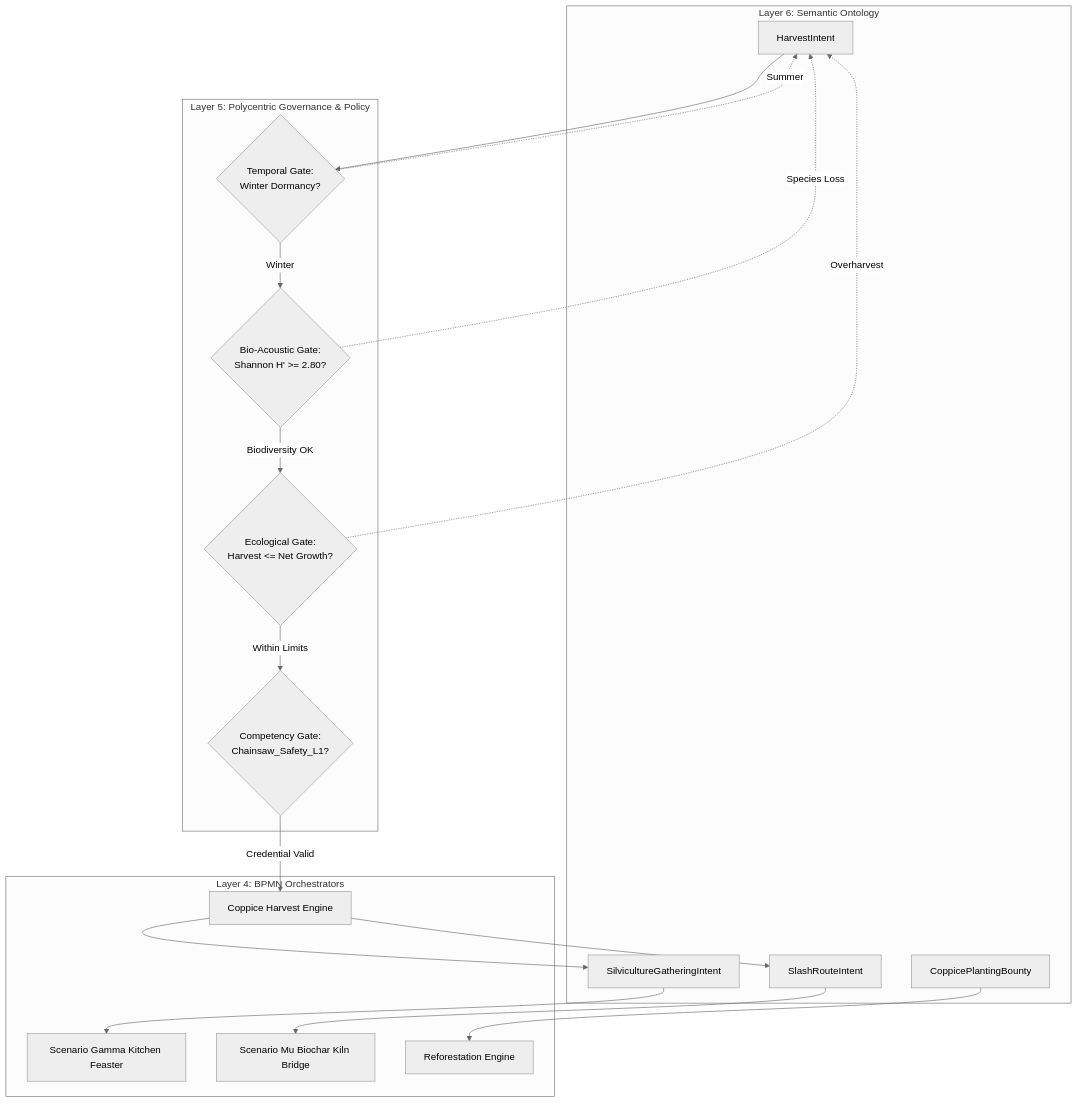
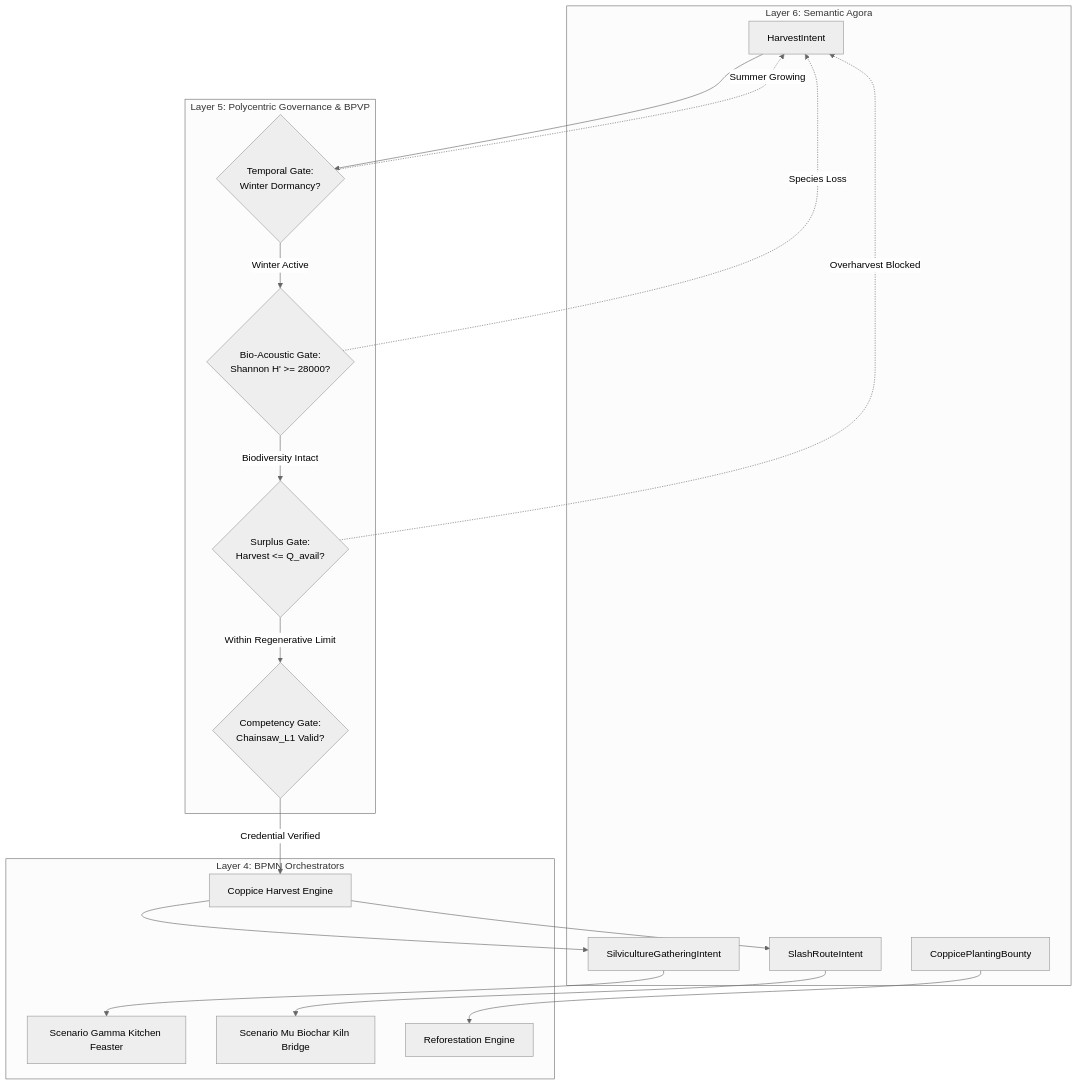
Before and after one commit to raffaine/collective: the third of 4 diagrams in docs/scenarios/eta_coppice.md, drawn with Mermaid (neutral theme). The commit also changed other lines of this file and 23 other files, not shown here.

````diff
--- a/docs/scenarios/eta_coppice.md
+++ b/docs/scenarios/eta_coppice.md
@@ -122,42 +164,40 @@
 ```mermaid
 graph TD
-    subgraph Layer 6: Semantic Ontology
+    subgraph Layer 6: Semantic Agora
         L6_Harv[HarvestIntent]
         L6_Gather[SilvicultureGatheringIntent]
         L6_Slash[SlashRouteIntent]
         L6_Plant[CoppicePlantingBounty]
     end
 
-    subgraph Layer 5: Polycentric Governance & Policy
+    subgraph Layer 5: Polycentric Governance & BPVP
         P_Season{Temporal Gate: <br>Winter Dormancy?}
-        P_Bio{Bio-Acoustic Gate: <br>Shannon H' >= 2.80?}
-        P_ERC{Ecological Gate: <br>Harvest <= Net Growth?}
-        P_Skill{Competency Gate: <br>Chainsaw_Safety_L1?}
+        P_Bio{Bio-Acoustic Gate: <br>Shannon H' >= 28000?}
+        P_Surplus{Surplus Gate: <br>Harvest <= Q_avail?}
+        P_Skill{Competency Gate: <br>Chainsaw_L1 Valid?}
     end
 
     subgraph Layer 4: BPMN Orchestrators
         BPMN_Wood[Coppice Harvest Engine]
         BPMN_Gamma[Scenario Gamma Kitchen Feaster]
         BPMN_Mu[Scenario Mu Biochar Kiln Bridge]
         BPMN_Plant[Reforestation Engine]
     end
 
     L6_Harv --> P_Season
-    P_Season -->|Winter| P_Bio
-    P_Season -.->|Summer| L6_Harv
+    P_Season -->|Winter Active| P_Bio
+    P_Season -.->|Summer Growing| L6_Harv
 
-    P_Bio -->|Biodiversity OK| P_ERC
+    P_Bio -->|Biodiversity Intact| P_Surplus
     P_Bio -.->|Species Loss| L6_Harv
 
-    P_ERC -->|Within Limits| P_Skill
-    P_ERC -.->|Overharvest| L6_Harv
+    P_Surplus -->|Within Regenerative Limit| P_Skill
+    P_Surplus -.->|Overharvest Blocked| L6_Harv
 
-    P_Skill -->|Credential Valid| BPMN_Wood
+    P_Skill -->|Credential Verified| BPMN_Wood
     BPMN_Wood --> L6_Gather
     L6_Gather --> BPMN_Gamma
-
     BPMN_Wood --> L6_Slash
     L6_Slash --> BPMN_Mu
-
     L6_Plant --> BPMN_Plant
 ```
````
